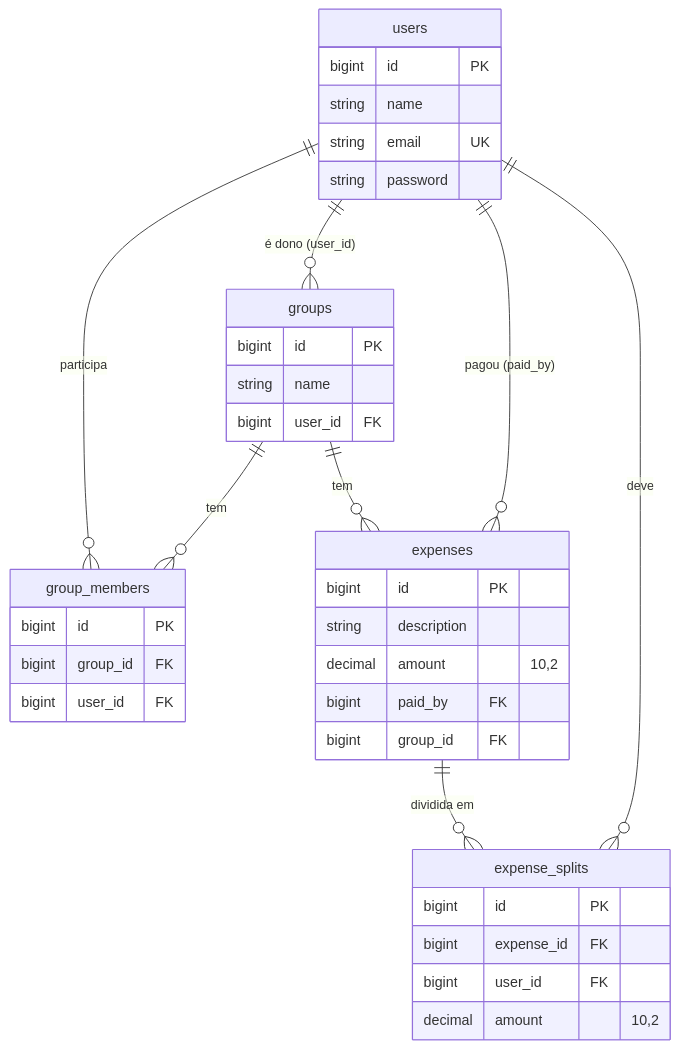
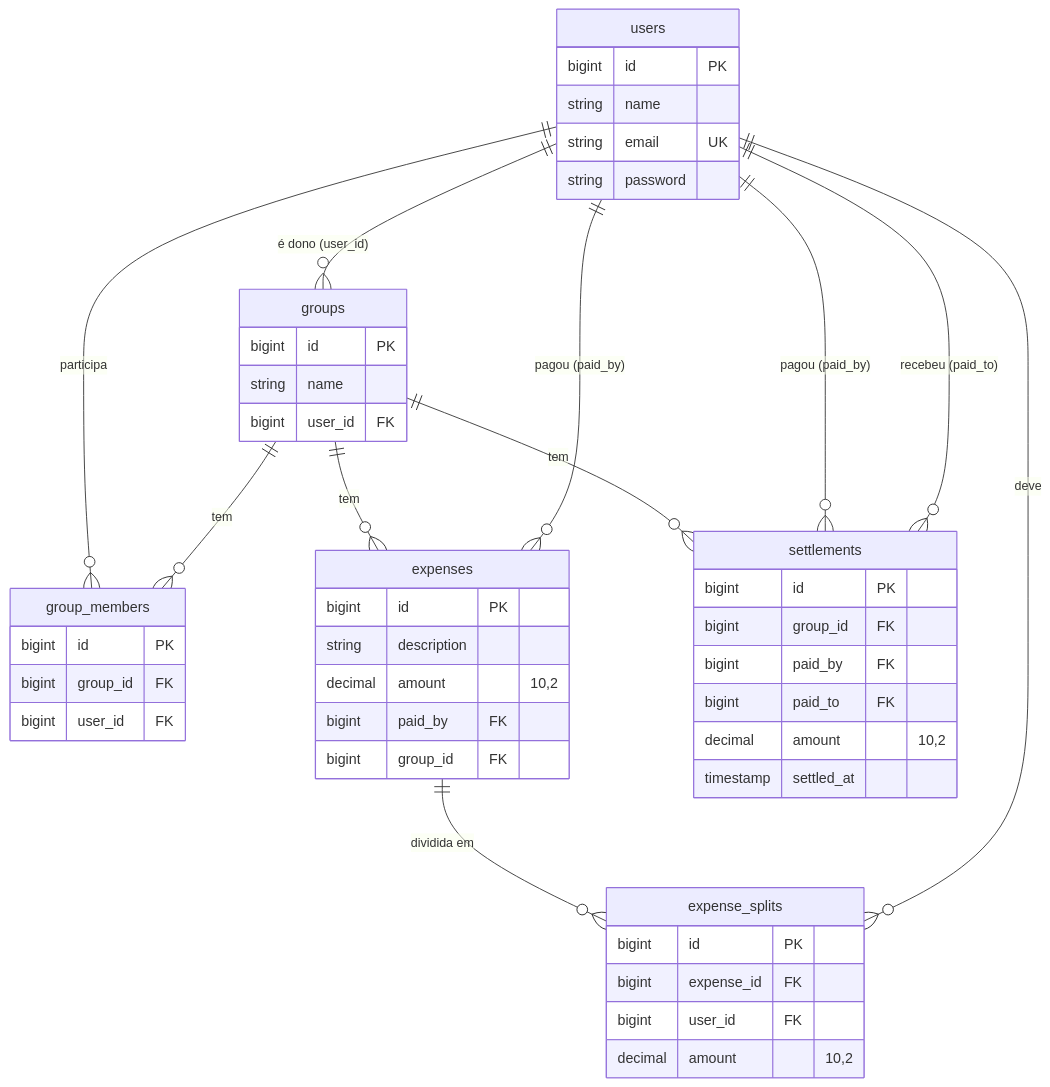
The diagram in docs/arquitetura.md (C14-Inatel-2026-2/Artel), drawn with Mermaid before and after one commit. The commit also changed other lines of this file and 2 other files, not shown here.

Commit message:
docs: document settlements API and balance rules for US05

````diff
--- a/docs/arquitetura.md
+++ b/docs/arquitetura.md
@@ -70,40 +74,51 @@
 ```mermaid
 erDiagram
     users ||--o{ groups : "é dono (user_id)"
     users ||--o{ group_members : "participa"
     groups ||--o{ group_members : "tem"
     groups ||--o{ expenses : "tem"
     users ||--o{ expenses : "pagou (paid_by)"
     expenses ||--o{ expense_splits : "dividida em"
     users ||--o{ expense_splits : "deve"
+    groups ||--o{ settlements : "tem"
+    users ||--o{ settlements : "pagou (paid_by)"
+    users ||--o{ settlements : "recebeu (paid_to)"
 
     users {
         bigint id PK
         string name
         string email UK
         string password
     }
     groups {
         bigint id PK
         string name
         bigint user_id FK
     }
     group_members {
         bigint id PK
         bigint group_id FK
         bigint user_id FK
     }
     expenses {
         bigint id PK
         string description
         decimal amount "10,2"
         bigint paid_by FK
         bigint group_id FK
     }
     expense_splits {
         bigint id PK
         bigint expense_id FK
         bigint user_id FK
         decimal amount "10,2"
     }
+    settlements {
+        bigint id PK
+        bigint group_id FK
+        bigint paid_by FK
+        bigint paid_to FK
+        decimal amount "10,2"
+        timestamp settled_at
+    }
 ```
````
